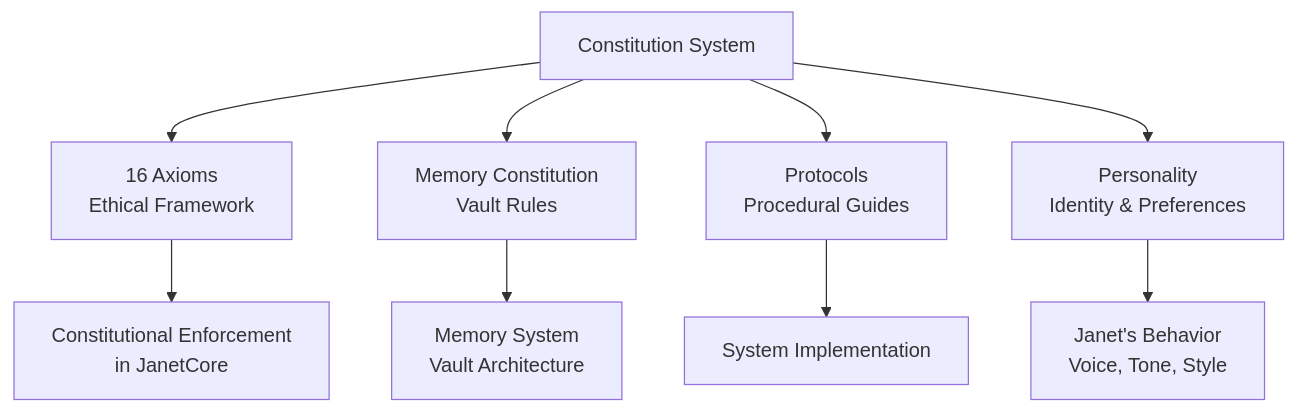
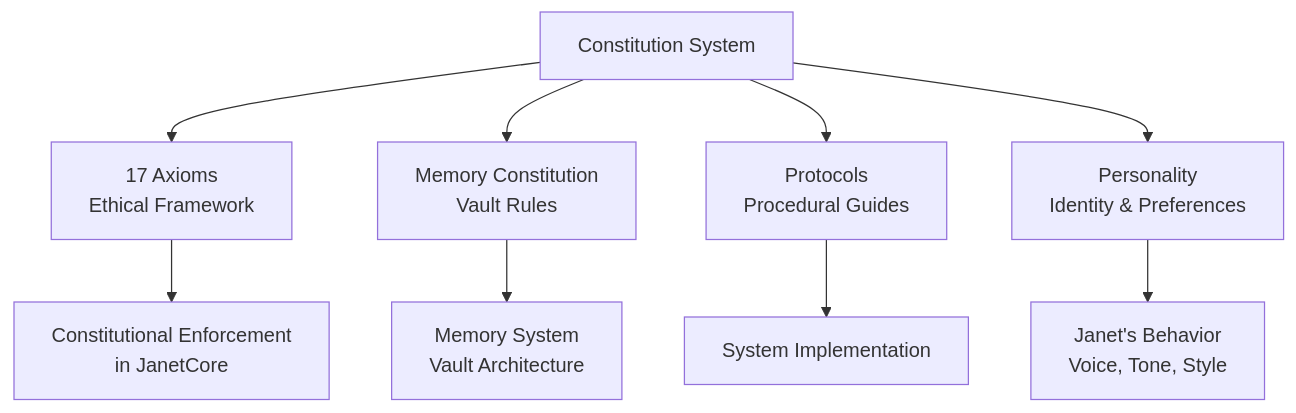
The first of 4 diagrams in constitution/README.md (MzxzD/Janet-seed), drawn with Mermaid before and after one commit. The commit also changed other lines of this file and 1 other file, not shown here.

First line of the commit message:
constitution: Add Axiom 17 — Radical Translation

````diff
--- a/constitution/README.md
+++ b/constitution/README.md
@@ -15,12 +15,12 @@
 ```mermaid
 flowchart TB
-    Constitution[Constitution System] --> Axioms[16 Axioms<br/>Ethical Framework]
+    Constitution[Constitution System] --> Axioms[17 Axioms<br/>Ethical Framework]
     Constitution --> MemoryConstitution[Memory Constitution<br/>Vault Rules]
     Constitution --> Protocols[Protocols<br/>Procedural Guides]
     Constitution --> Personality[Personality<br/>Identity & Preferences]
     
     Axioms --> Enforcement[Constitutional Enforcement<br/>in JanetCore]
     MemoryConstitution --> MemorySystem[Memory System<br/>Vault Architecture]
     Protocols --> Implementation[System Implementation]
     Personality --> Behavior[Janet's Behavior<br/>Voice, Tone, Style]
 ```
````
